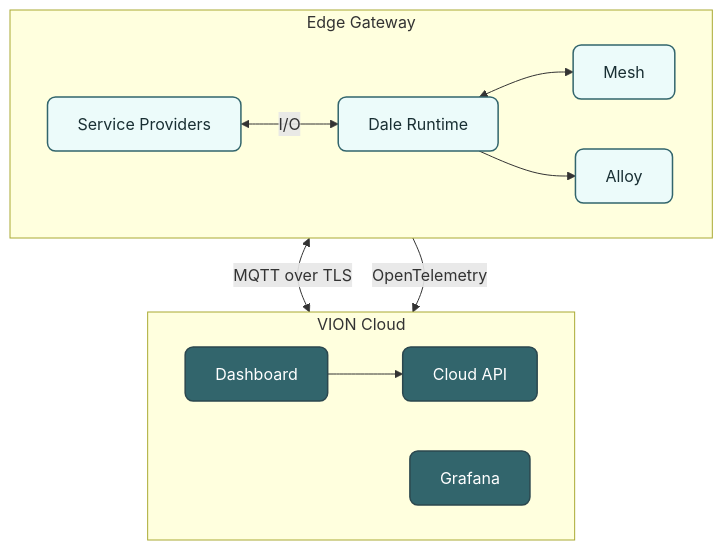
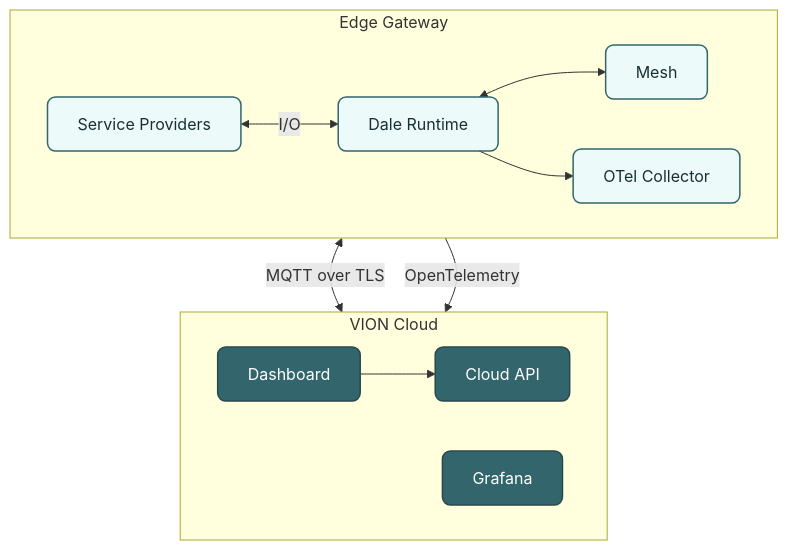
One commit to VION-IoT/documentation changed the third of 4 diagrams in docs/introduction/what-is-vion.md. Above: the diagram before and after it, drawn with Mermaid. The commit also changed 2 other files, not shown here.

Commit message:
Modify observability docs to show OTel Collector on edge instead of Alloy

````diff
--- a/docs/introduction/what-is-vion.md
+++ b/docs/introduction/what-is-vion.md
@@ -79,30 +79,30 @@
 ```mermaid
 flowchart TB
     subgraph EdgeBox["Edge Gateway"]
         direction LR
         SP["Service Providers "]
         Dale["Dale Runtime "]
         Mesh["Mesh "]
-        Alloy["Alloy "]
+        OTel["OTel Collector "]
         SP <-->|"I/O"| Dale
         Dale <--> Mesh
-        Dale --> Alloy
+        Dale --> OTel
     end
 
     subgraph CloudBox["VION Cloud"]
         direction LR
         CloudAPI["Cloud API "]
         Dashboard["Dashboard "]
         Grafana["Grafana "]
         Dashboard --> CloudAPI
     end
 
     Mesh <-->|"MQTT over TLS"| CloudAPI
-    Alloy -->|"OpenTelemetry"| Grafana
+    OTel -->|"OpenTelemetry"| Grafana
 
     classDef edgeNode fill:#ecfbfa,stroke:#32656c,stroke-width:1.5px,color:#192f33,rx:8
     classDef cloudNode fill:#32656c,stroke:#2b474e,stroke-width:1.5px,color:#ffffff,rx:8
 
-    class SP,Dale,Mesh,Alloy edgeNode
+    class SP,Dale,Mesh,OTel edgeNode
     class CloudAPI,Dashboard,Grafana cloudNode
 ```
````
